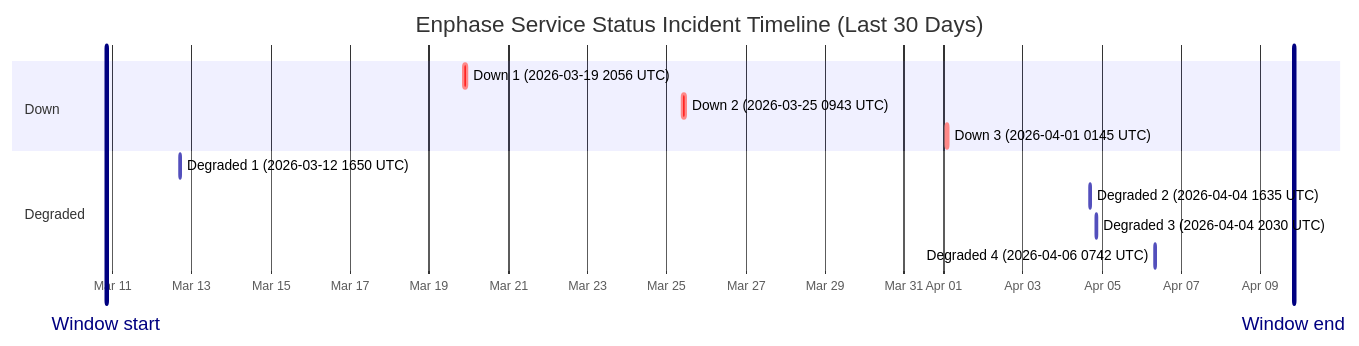
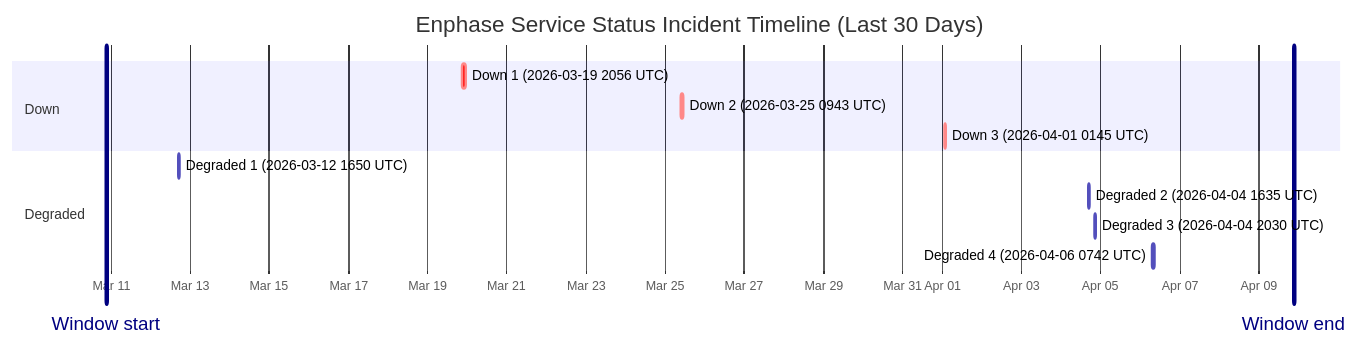
Before and after one commit to barneyonline/ha-enphase-ev-charger: the diagram in wiki/Service-Status-History.md, drawn with Mermaid. The commit also changed other lines of this file and 3 other files, not shown here.

````diff
--- a/wiki/Service-Status-History.md
+++ b/wiki/Service-Status-History.md
@@ -14,17 +14,17 @@
 ```mermaid
 gantt
     title Enphase Service Status Incident Timeline (Last 30 Days)
     dateFormat  YYYY-MM-DDTHH:mm:ss
     axisFormat  %b %d
-    Window start :vert, window-start, 2026-03-10T20:12:11, 0ms
-    Window end :vert, window-end, 2026-04-09T20:12:11, 0ms
+    Window start :vert, window-start, 2026-03-10T21:08:47, 0ms
+    Window end :vert, window-end, 2026-04-09T21:08:47, 0ms
     section Down
     Down 1 (2026-03-19 2056 UTC) :crit, down-1, 2026-03-19T20:56:20, 145m
     Down 2 (2026-03-25 0943 UTC) :crit, down-2, 2026-03-25T09:43:28, 111m
     Down 3 (2026-04-01 0145 UTC) :crit, down-3, 2026-04-01T01:45:09, 60m
     section Degraded
     Degraded 1 (2026-03-12 1650 UTC) :active, degraded-1, 2026-03-12T16:50:43, 60m
     Degraded 2 (2026-04-04 1635 UTC) :active, degraded-2, 2026-04-04T16:35:17, 60m
     Degraded 3 (2026-04-04 2030 UTC) :active, degraded-3, 2026-04-04T20:30:40, 60m
     Degraded 4 (2026-04-06 0742 UTC) :active, degraded-4, 2026-04-06T07:42:09, 85m
 ```
````
